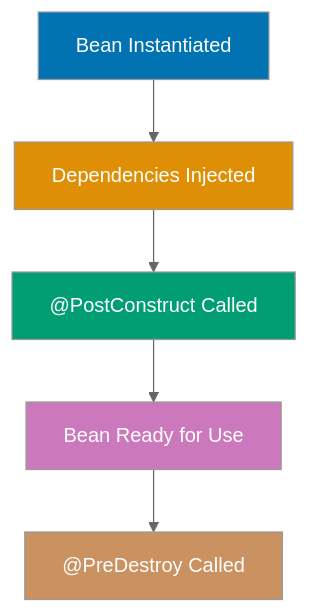
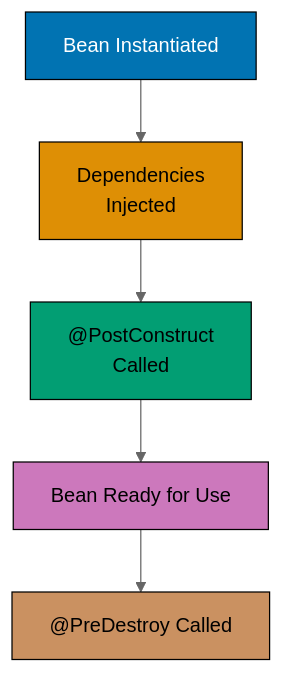
Before and after one commit to wahidyankf/ose-public: the fourth of 10 diagrams in apps/ayokoding-www/content/en/learn/legacy/software-engineering/platforms/web/tools/jvm-spring-boot/by-example/beginner.md, drawn with Mermaid (neutral theme). The commit also changed other lines of this file and 130 other files, not shown here.

First line of the commit message:
fix(mermaid): bring the legacy platforms diagrams onto the accessible palette

````diff
--- a/apps/ayokoding-www/content/en/learn/legacy/software-engineering/platforms/web/tools/jvm-spring-boot/by-example/beginner.md
+++ b/apps/ayokoding-www/content/en/learn/legacy/software-engineering/platforms/web/tools/jvm-spring-boot/by-example/beginner.md
@@ -342,14 +360,22 @@
 ```mermaid
 %% Color Palette: Blue #0173B2, Orange #DE8F05, Teal #029E73, Purple #CC78BC, Brown #CA9161
 graph TD
-    Instantiate["Bean Instantiated"] --> Populate["Dependencies Injected"]
-    Populate --> Init["@PostConstruct Called"]
+    accTitle: Example 3: Bean Lifecycle & Scopes
+    accDescr: Graph with 5 nodes and 4 connections. Nodes: Bean Instantiated, Dependencies Injected, @PostConstruct Called, Bean Ready for Use, @PreDestroy Called. Connections: Bean Instantiated to Dependencies Injected, Dependencies Injected to @PostConstruct Called, @PostConstruct Called to Bean Ready for Use, Bean Ready for Use to @PreDestroy Called.
+    Instantiate["Bean Instantiated"] --> Populate["Dependencies<br/>Injected"]
+    Populate --> Init["@PostConstruct<br/>Called"]
     Init --> Ready["Bean Ready for Use"]
     Ready --> Destroy["@PreDestroy Called"]
 
-    style Instantiate fill:#0173B2,color:#fff
-    style Populate fill:#DE8F05,color:#fff
-    style Init fill:#029E73,color:#fff
-    style Ready fill:#CC78BC,color:#fff
-    style Destroy fill:#CA9161,color:#fff
+    classDef pal-0173B2 fill:#0173B2,stroke:#000000,color:#FFFFFF
+    class Instantiate pal-0173B2
+    classDef pal-DE8F05 fill:#DE8F05,stroke:#000000,color:#000000
+    class Populate pal-DE8F05
+    classDef pal-029E73 fill:#029E73,stroke:#000000,color:#000000
+    class Init pal-029E73
+    classDef pal-CC78BC fill:#CC78BC,stroke:#000000,color:#000000
+    class Ready pal-CC78BC
+    classDef pal-CA9161 fill:#CA9161,stroke:#000000,color:#000000
+    class Destroy pal-CA9161
+    classDef default fill:#FFFFFF,stroke:#000000,color:#000000
 ```
````
